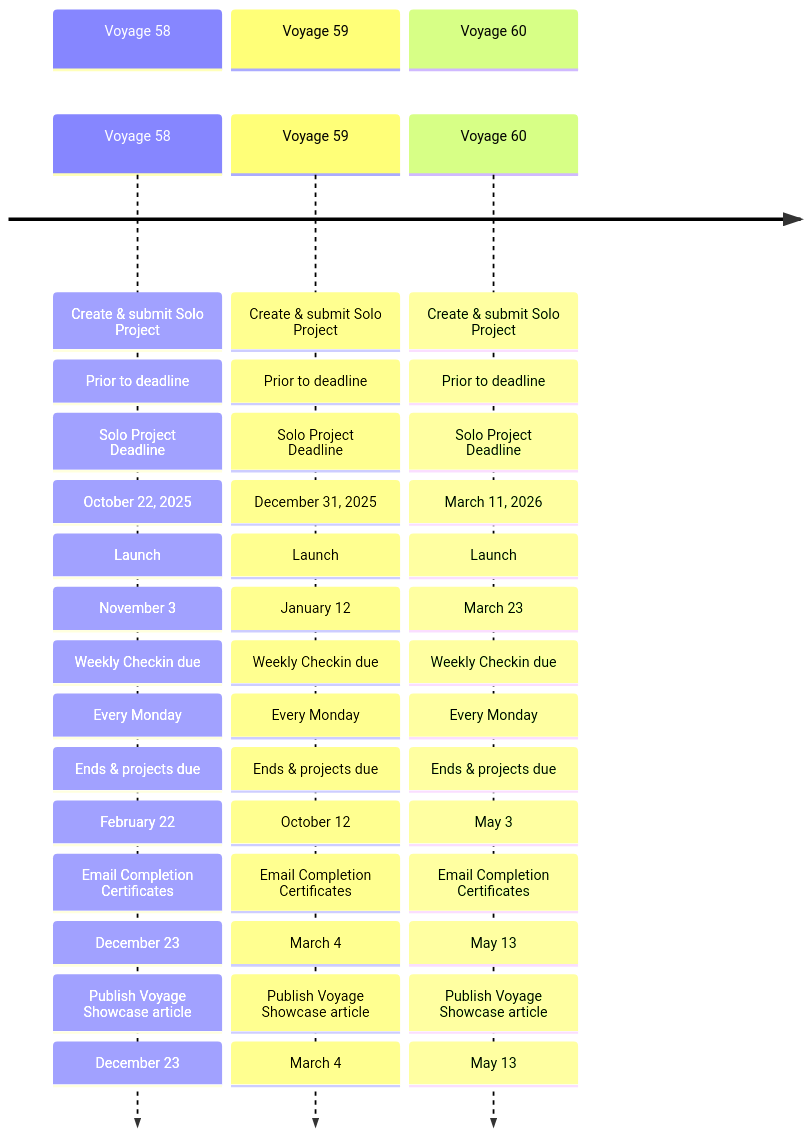
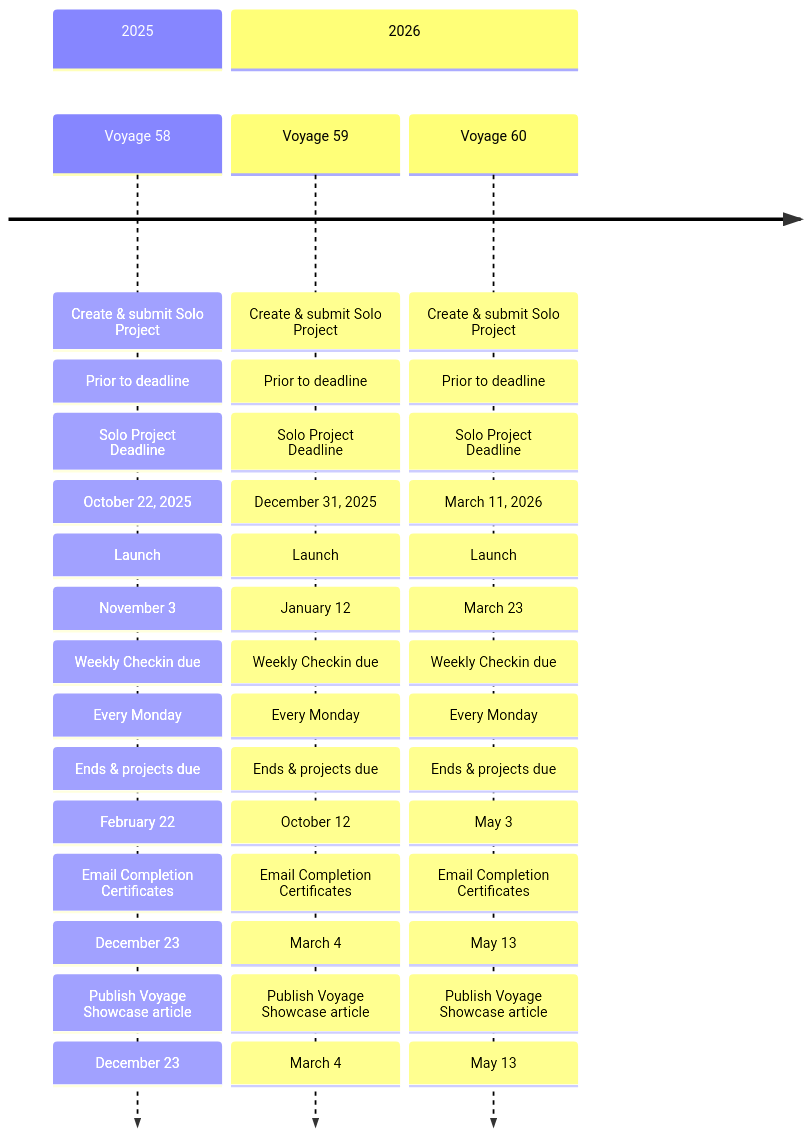
One commit to chingu-voyages/Handbook changed the first of 3 diagrams in docs/guides/voyage/voyage.md. Above: the diagram before and after it, drawn with Mermaid.

Commit message:
Feature: Reformat voyage schedule

````diff
--- a/docs/guides/voyage/voyage.md
+++ b/docs/guides/voyage/voyage.md
@@ -31,27 +31,26 @@
 ```mermaid
   timeline
-    section Voyage 58
+    section 2025
       Voyage 58: Create & submit Solo Project: Prior to deadline
                : Solo Project Deadline: October 22, 2025
                : Launch: November 3
                : Weekly Checkin due: Every Monday
                : Ends & projects due: February 22
                : Email Completion Certificates: December 23
                : Publish Voyage Showcase article: December 23
-    section Voyage 59
+    section 2026
       Voyage 59: Create & submit Solo Project: Prior to deadline
                : Solo Project Deadline: December 31, 2025
                : Launch: January 12
                : Weekly Checkin due: Every Monday
                : Ends & projects due: October 12
                : Email Completion Certificates: March 4
                : Publish Voyage Showcase article: March 4
-    section Voyage 60
       Voyage 60: Create & submit Solo Project: Prior to deadline
                : Solo Project Deadline: March 11, 2026
                : Launch: March 23 
                : Weekly Checkin due: Every Monday
                : Ends & projects due: May 3
                : Email Completion Certificates: May 13
                : Publish Voyage Showcase article: May 13
 ```
````
